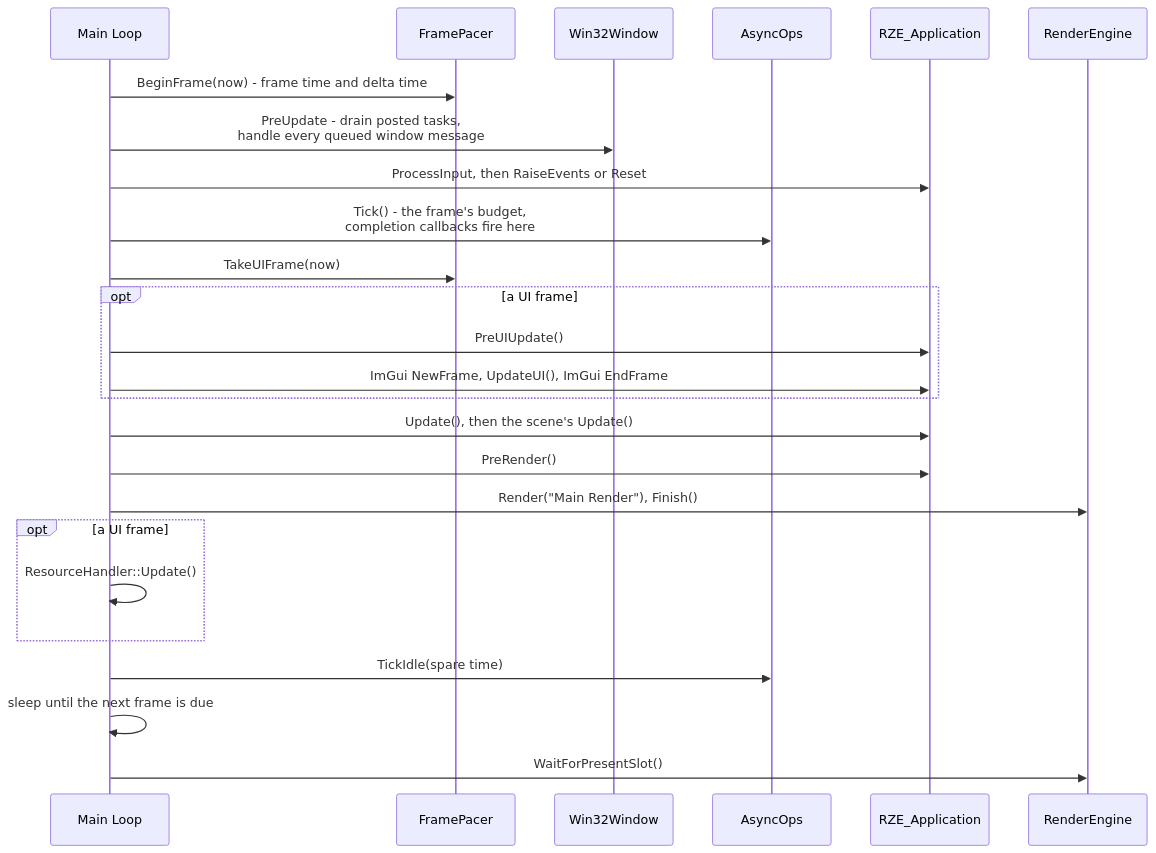
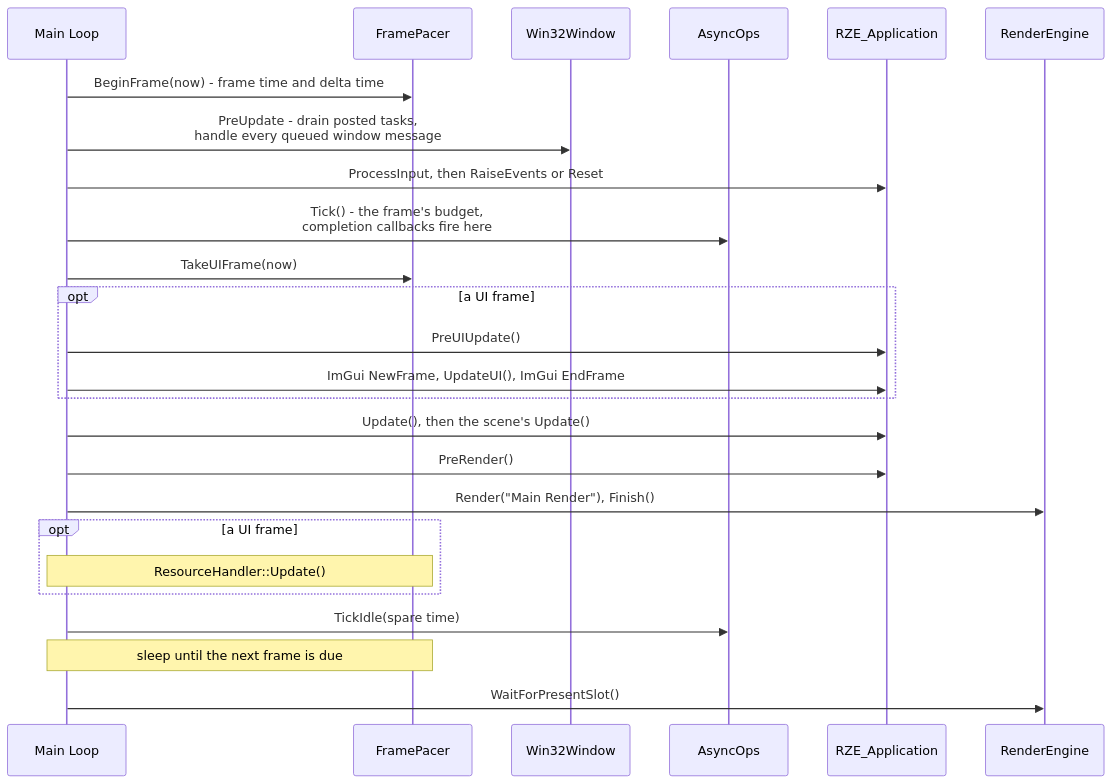
The second of 3 diagrams in Docs/Generated/Engine/02-Architecture/Engine-Startup-And-Frame-Loop.md (b1nary0/RZE), drawn with Mermaid before and after one commit.

Commit message:
Keep the frame loop diagram's self-steps inside the page
ResourceHandler::Update and the sleep were self-messages whose labels
ran past the diagram's left edge; they're notes now.

````diff
--- a/Docs/Generated/Engine/02-Architecture/Engine-Startup-And-Frame-Loop.md
+++ b/Docs/Generated/Engine/02-Architecture/Engine-Startup-And-Frame-Loop.md
@@ -76,29 +76,29 @@
 ```mermaid
 %%{init: {'flowchart': {'subGraphTitleMargin': {'top': 6, 'bottom': 10}}, 'themeCSS': '.labelBkg, .edgeLabel { background-color: var(--background-primary) !important; } .messageText, .labelText, .loopText { paint-order: stroke; stroke: var(--background-primary); stroke-width: 5px; stroke-linejoin: round; }'}}%%
 sequenceDiagram
     participant ML as Main Loop
     participant FP as FramePacer
     participant Win as Win32Window
     participant Async as AsyncOps
     participant App as RZE_Application
     participant RE as RenderEngine
 
     ML->>FP: BeginFrame(now) - frame time and delta time
     ML->>Win: PreUpdate - drain posted tasks,<br/>handle every queued window message
     ML->>App: ProcessInput, then RaiseEvents or Reset
     ML->>Async: Tick() - the frame's budget,<br/>completion callbacks fire here
     ML->>FP: TakeUIFrame(now)
     opt a UI frame
         ML->>App: PreUIUpdate()
         ML->>App: ImGui NewFrame, UpdateUI(), ImGui EndFrame
     end
     ML->>App: Update(), then the scene's Update()
     ML->>App: PreRender()
     ML->>RE: Render("Main Render"), Finish()
     opt a UI frame
-        ML->>ML: ResourceHandler::Update()
+        Note over ML,FP: ResourceHandler::Update()
     end
     ML->>Async: TickIdle(spare time)
-    ML->>ML: sleep until the next frame is due
+    Note over ML,FP: sleep until the next frame is due
     ML->>RE: WaitForPresentSlot()
 ```
````
